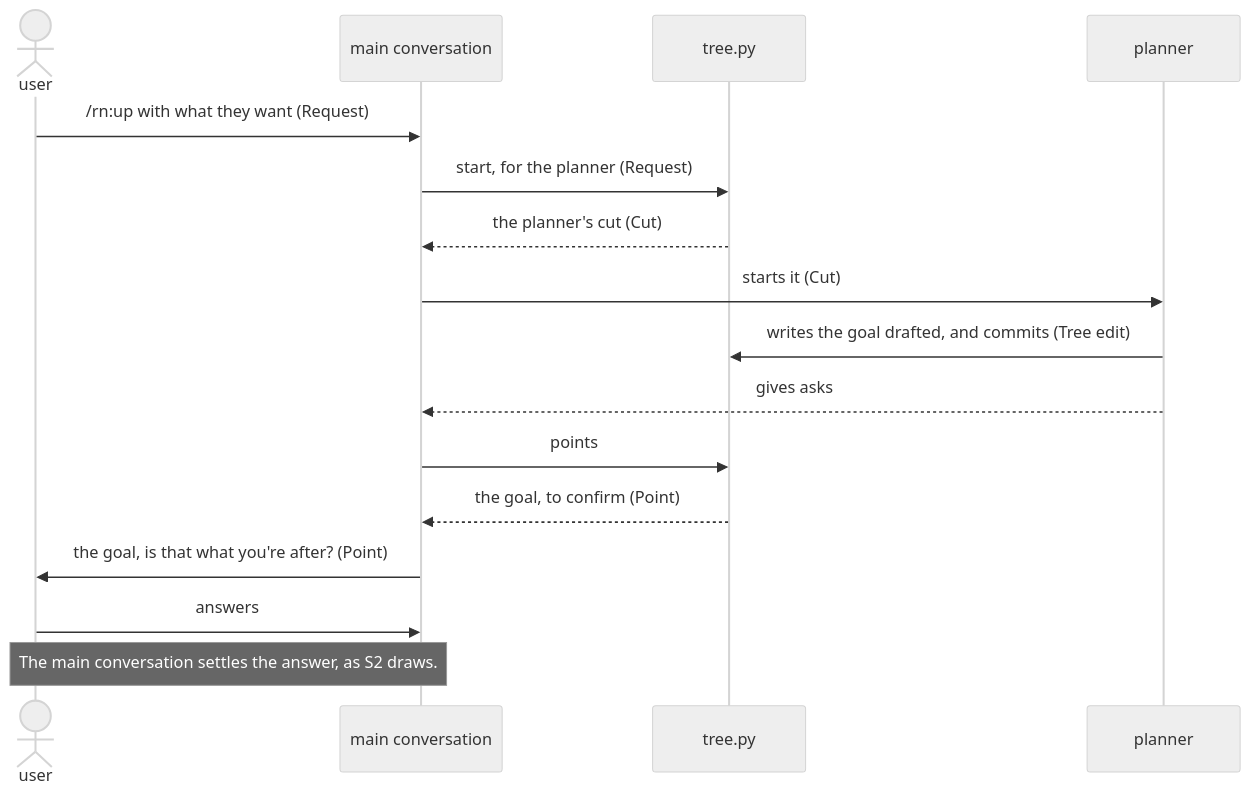
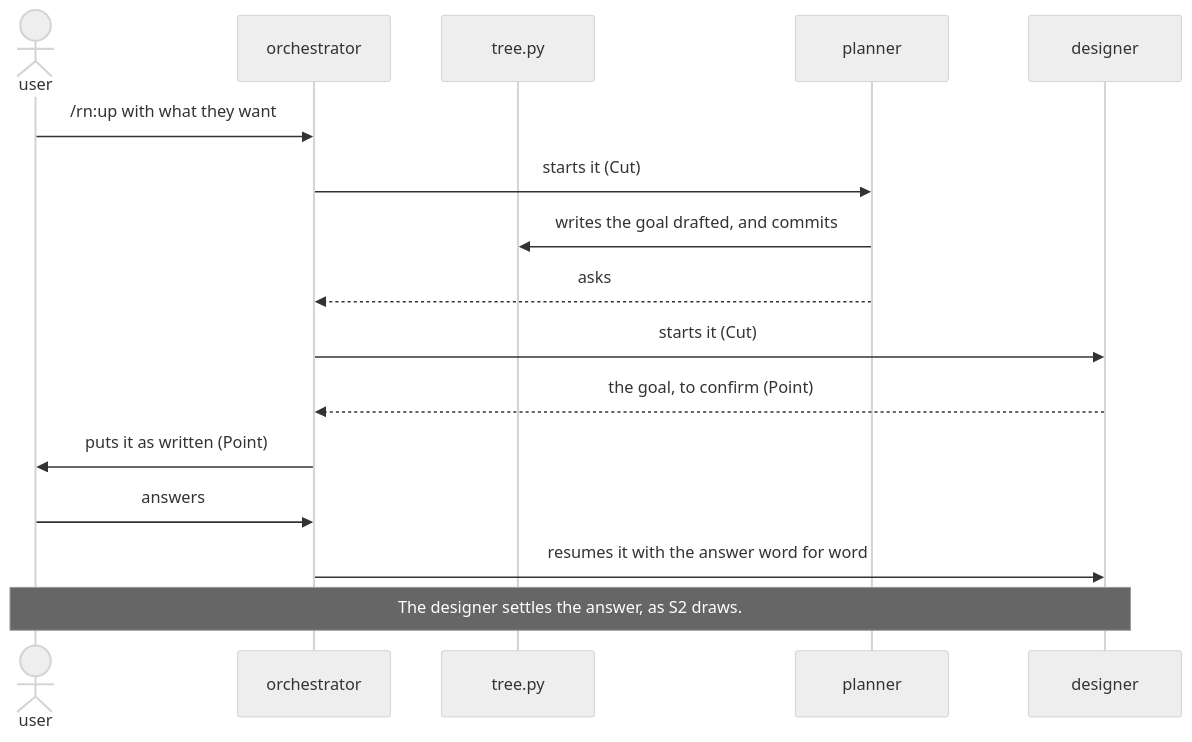
One commit to lovaizu/ccpm changed the first of 5 diagrams in dev/rn/architecture.md. Above: the diagram before and after it, drawn with Mermaid (neutral theme). The commit also changed other lines of this file and 11 other files, not shown here.

````diff
--- a/dev/rn/architecture.md
+++ b/dev/rn/architecture.md
@@ -180,18 +145,18 @@
 ```mermaid
 sequenceDiagram
   actor U as user
-  participant M as main conversation
+  participant O as orchestrator
   participant T as tree.py
   participant P as planner
-  U->>M: /rn:up with what they want (Request)
-  M->>T: start, for the planner (Request)
-  T-->>M: the planner's cut (Cut)
-  M->>P: starts it (Cut)
-  P->>T: writes the goal drafted, and commits (Tree edit)
-  P-->>M: gives asks
-  M->>T: points
-  T-->>M: the goal, to confirm (Point)
-  M->>U: the goal, is that what you're after? (Point)
-  U->>M: answers
-  Note over U,M: The main conversation settles the answer, as S2 draws.
+  participant D as designer
+  U->>O: /rn:up with what they want
+  O->>P: starts it (Cut)
+  P->>T: writes the goal drafted, and commits
+  P-->>O: asks
+  O->>D: starts it (Cut)
+  D-->>O: the goal, to confirm (Point)
+  O->>U: puts it as written (Point)
+  U->>O: answers
+  O->>D: resumes it with the answer word for word
+  Note over U,D: The designer settles the answer, as S2 draws.
 ```
````
